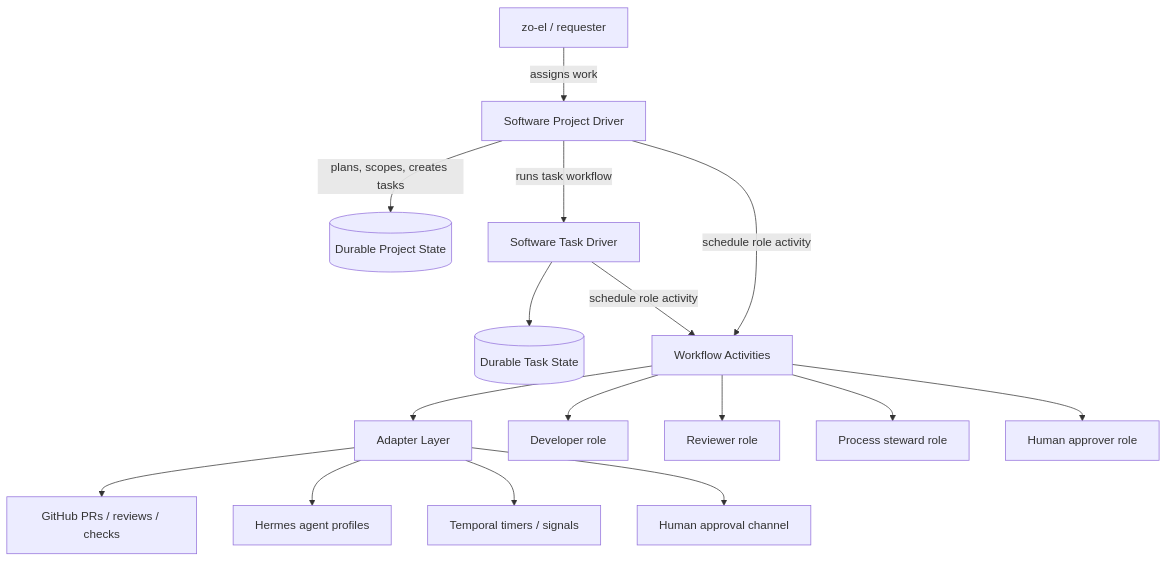
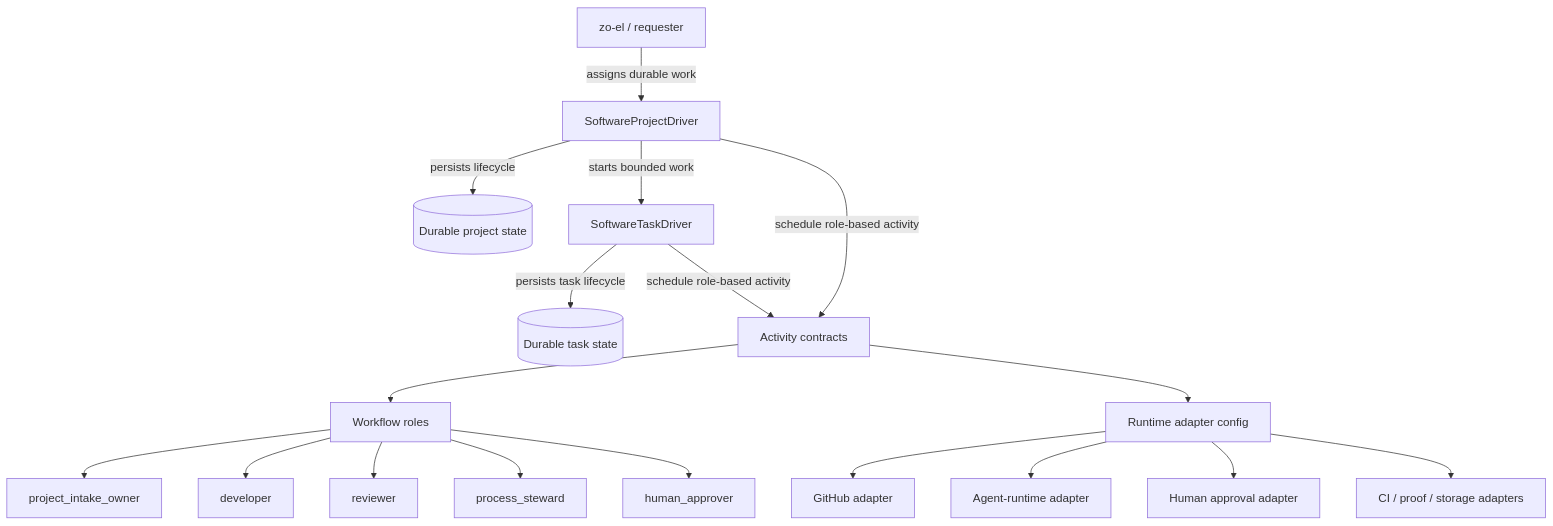
One commit to el-zachariah/el-zachariahs-drivers changed the first of 2 diagrams in docs/architecture.md. Above: the diagram before and after it, drawn with Mermaid. The commit also changed other lines of this file and 3 other files, not shown here.

````diff
--- a/docs/architecture.md
+++ b/docs/architecture.md
@@ -9,22 +9,24 @@
 ```mermaid
 flowchart TD
-  User[zo-el / requester] -->|assigns work| ProjectDriver[Software Project Driver]
+  User[zo-el / requester] -->|assigns durable work| ProjectDriver[SoftwareProjectDriver]
 
-  ProjectDriver -->|plans, scopes, creates tasks| ProjectState[(Durable Project State)]
-  ProjectDriver -->|runs task workflow| TaskDriver[Software Task Driver]
-  TaskDriver --> TaskState[(Durable Task State)]
+  ProjectDriver -->|persists lifecycle| ProjectState[(Durable project state)]
+  ProjectDriver -->|starts bounded work| TaskDriver[SoftwareTaskDriver]
+  TaskDriver -->|persists task lifecycle| TaskState[(Durable task state)]
 
-  ProjectDriver -->|schedule role activity| Activities[Workflow Activities]
-  TaskDriver -->|schedule role activity| Activities
+  ProjectDriver -->|schedule role-based activity| Activities[Activity contracts]
+  TaskDriver -->|schedule role-based activity| Activities
 
-  Activities --> Adapters[Adapter Layer]
-  Adapters --> GitHub[GitHub PRs / reviews / checks]
-  Adapters --> Hermes[Hermes agent profiles]
-  Adapters --> Temporal[Temporal timers / signals]
-  Adapters --> HumanGateway[Human approval channel]
+  Activities --> Roles[Workflow roles]
+  Roles --> IntakeOwner[project_intake_owner]
+  Roles --> Developer[developer]
+  Roles --> Reviewer[reviewer]
+  Roles --> Steward[process_steward]
+  Roles --> Approver[human_approver]
 
-  Activities --> Dev[Developer role]
-  Activities --> Reviewer[Reviewer role]
-  Activities --> Steward[Process steward role]
-  Activities --> Approver[Human approver role]
+  Activities --> AdapterConfig[Runtime adapter config]
+  AdapterConfig --> GitHub[GitHub adapter]
+  AdapterConfig --> AgentRuntime[Agent-runtime adapter]
+  AdapterConfig --> HumanGateway[Human approval adapter]
+  AdapterConfig --> ServiceAdapters[CI / proof / storage adapters]
 ```
````
